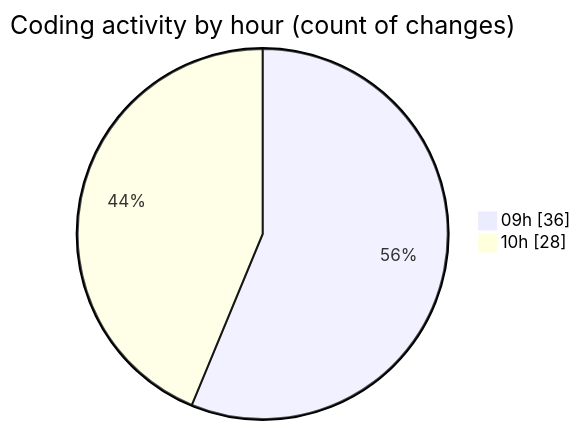
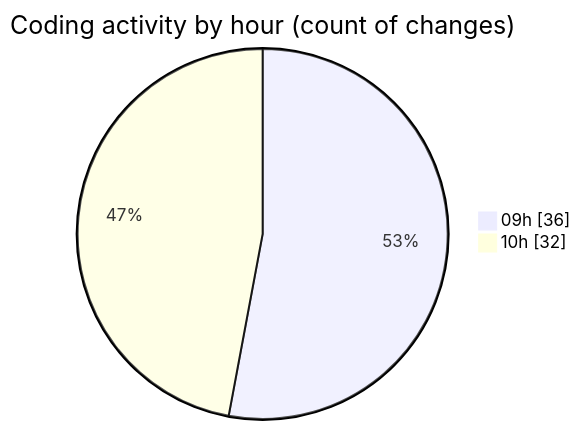
Before and after one commit to momahboobian/code-tracking: the second of 2 diagrams in 2026-04-16/cda/README.md, drawn with Mermaid. The commit also changed other lines of this file and 1 other file, not shown here.

````diff
--- a/2026-04-16/cda/README.md
+++ b/2026-04-16/cda/README.md
@@ -31,6 +31,6 @@
 ```mermaid
 pie showData
 title Coding activity by hour (count of changes)
 "09h" : 36
-"10h" : 28
+"10h" : 32
 ```
````
